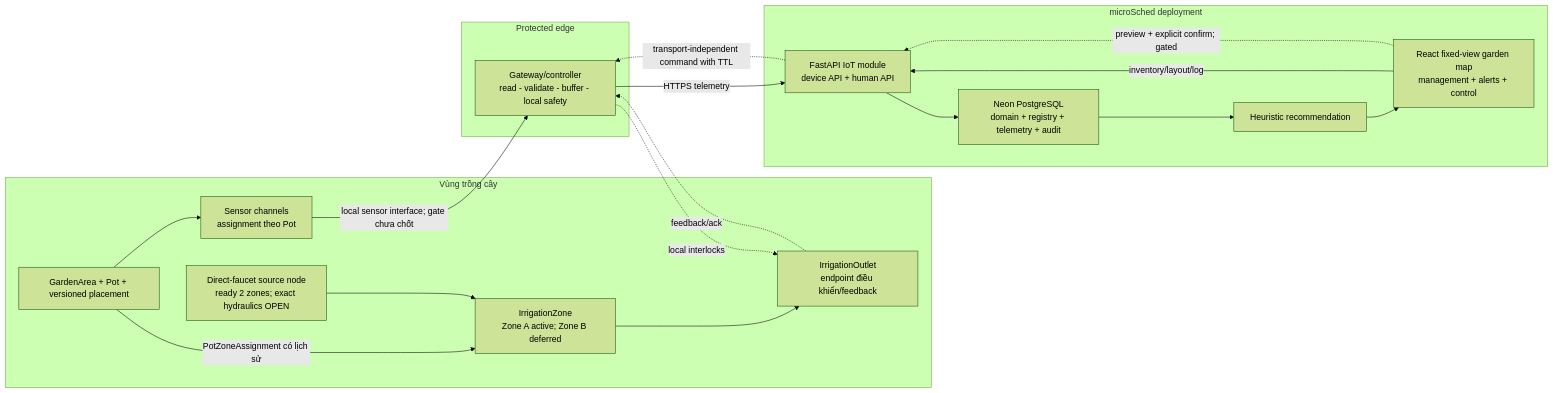
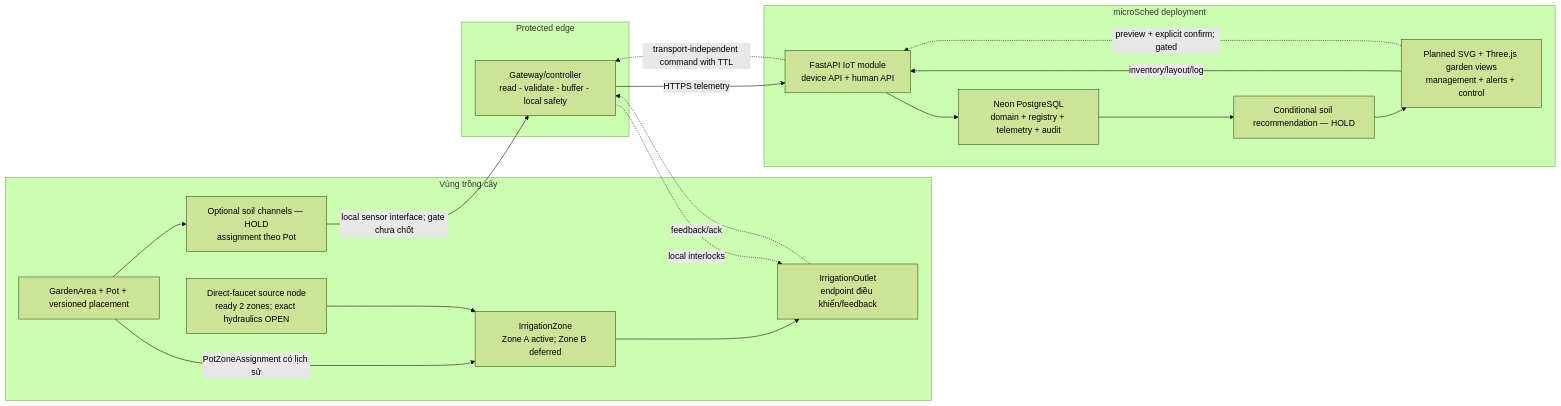
One commit to NguyenHaiHung0510/miGarden changed the first of 2 diagrams in docs/specification.md. Above: the diagram before and after it, drawn with Mermaid (forest theme). The commit also changed other lines of this file and 12 other files, not shown here.

````diff
--- a/docs/specification.md
+++ b/docs/specification.md
@@ -91,36 +79,36 @@
 ```mermaid
 flowchart LR
   subgraph FIELD["Vùng trồng cây"]
     P["GardenArea + Pot + versioned placement"]
-    S1["Sensor channels\nassignment theo Pot"]
+    S1["Optional soil channels — HOLD\nassignment theo Pot"]
     Z["IrrigationZone\nZone A active; Zone B deferred"]
     A1["IrrigationOutlet\nendpoint điều khiển/feedback"]
     H["Direct-faucet source node\nready 2 zones; exact hydraulics OPEN"]
   end
 
   subgraph EDGE["Protected edge"]
     G["Gateway/controller\nread - validate - buffer - local safety"]
   end
 
   subgraph CLOUD["microSched deployment"]
     API["FastAPI IoT module\ndevice API + human API"]
     DB["Neon PostgreSQL\ndomain + registry + telemetry + audit"]
-    REC["Heuristic recommendation"]
-    UI["React fixed-view garden map\nmanagement + alerts + control"]
+    REC["Conditional soil recommendation — HOLD"]
+    UI["Planned SVG + Three.js garden views\nmanagement + alerts + control"]
   end
 
   P --> S1
   P -->|"PotZoneAssignment có lịch sử"| Z
   S1 -->|"local sensor interface; gate chưa chốt"| G
   H --> Z
   Z --> A1
   G -->|"HTTPS telemetry"| API
   API --> DB
   DB --> REC
   REC --> UI
   UI -->|"inventory/layout/log"| API
   UI -. "preview + explicit confirm; gated" .-> API
   API -. "transport-independent command with TTL" .-> G
   G -. "local interlocks" .-> A1
   A1 -. "feedback/ack" .-> G
 ```
````
